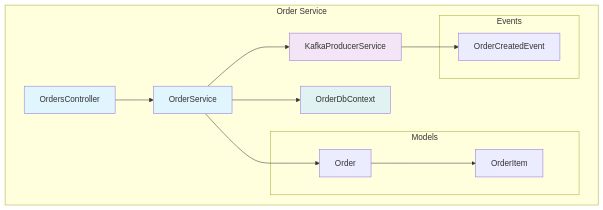
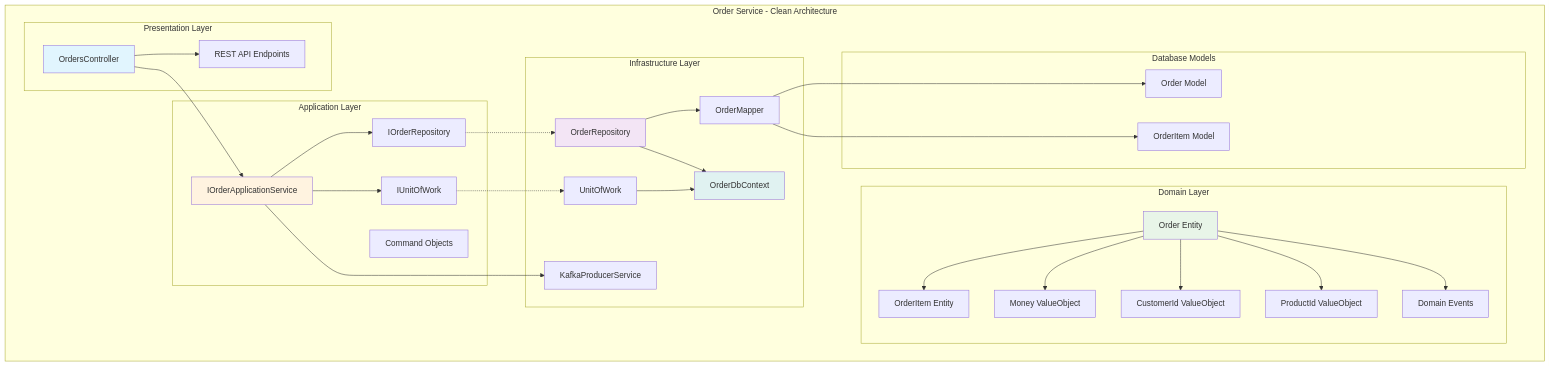
The first of 6 diagrams in memory-bank/system-schemes/c2.md (HoangMy-Rudeus/Kafka-Integration), drawn with Mermaid before and after one commit. The commit also changed other lines of this file and 4 other files, not shown here.

````diff
--- a/memory-bank/system-schemes/c2.md
+++ b/memory-bank/system-schemes/c2.md
@@ -9,30 +25,65 @@
 ```mermaid
 graph TB
-    subgraph "Order Service"
-        OC[OrdersController]
-        OS[OrderService]
-        KP[KafkaProducerService]
-        ODC[OrderDbContext]
-        
-        subgraph "Models"
-            ORDER_MODEL[Order]
-            ORDER_ITEM[OrderItem]
+    subgraph "Order Service - Clean Architecture"
+        subgraph "Presentation Layer"
+            OC[OrdersController]
+            API[REST API Endpoints]
         end
         
-        subgraph "Events"
-            ORDER_CREATED[OrderCreatedEvent]
+        subgraph "Application Layer"
+            OAS[IOrderApplicationService]
+            CMD[Command Objects]
+            REPO_INT[IOrderRepository]
+            UOW[IUnitOfWork]
+        end
+        
+        subgraph "Domain Layer"
+            ORDER_ENT[Order Entity]
+            ORDER_ITEM_ENT[OrderItem Entity]
+            MONEY[Money ValueObject]
+            CUSTOMER_ID[CustomerId ValueObject]
+            PRODUCT_ID[ProductId ValueObject]
+            DOM_EVENTS[Domain Events]
+        end
+        
+        subgraph "Infrastructure Layer"
+            ORDER_REPO[OrderRepository]
+            ORDER_MAPPER[OrderMapper]
+            UOW_IMPL[UnitOfWork]
+            ODC[OrderDbContext]
+            KP[KafkaProducerService]
+        end
+        
+        subgraph "Database Models"
+            ORDER_MODEL[Order Model]
+            ORDER_ITEM_MODEL[OrderItem Model]
         end
     end
     
-    OC --> OS
-    OS --> KP
-    OS --> ODC
-    OS --> ORDER_MODEL
-    ORDER_MODEL --> ORDER_ITEM
-    KP --> ORDER_CREATED
+    OC --> OAS
+    OAS --> REPO_INT
+    OAS --> UOW
+    OC --> API
+    
+    ORDER_ENT --> ORDER_ITEM_ENT
+    ORDER_ENT --> MONEY
+    ORDER_ENT --> CUSTOMER_ID
+    ORDER_ENT --> PRODUCT_ID
+    ORDER_ENT --> DOM_EVENTS
+    
+    REPO_INT -.-> ORDER_REPO
+    UOW -.-> UOW_IMPL
+    ORDER_REPO --> ORDER_MAPPER
+    ORDER_MAPPER --> ORDER_MODEL
+    ORDER_MAPPER --> ORDER_ITEM_MODEL
+    ORDER_REPO --> ODC
+    UOW_IMPL --> ODC
+    
+    OAS --> KP
     
     style OC fill:#e1f5fe
-    style OS fill:#e1f5fe
-    style KP fill:#f3e5f5
+    style OAS fill:#fff3e0
+    style ORDER_ENT fill:#e8f5e8
+    style ORDER_REPO fill:#f3e5f5
     style ODC fill:#e0f2f1
 ```
````
